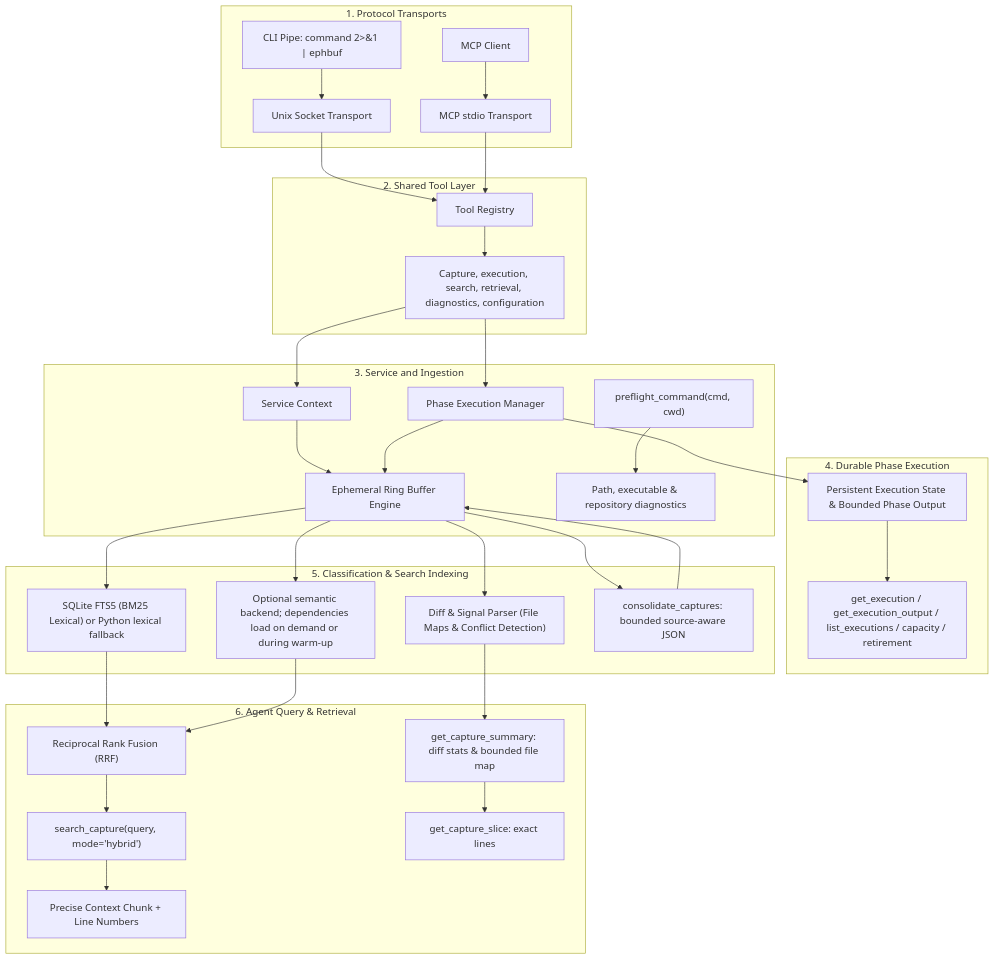
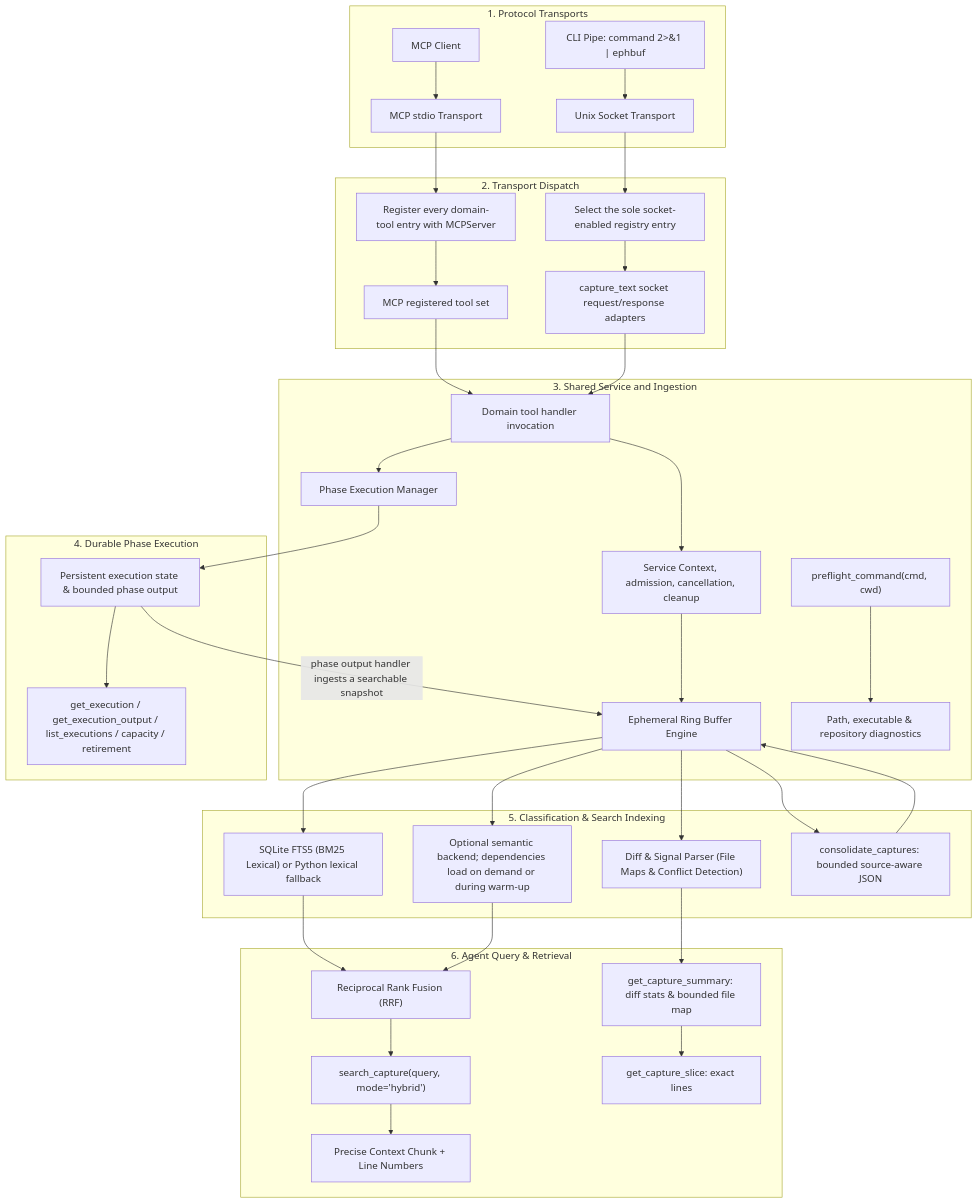
Before and after one commit to k-rister/ephemeral-buffer-mcp: the diagram in docs/architecture.md, drawn with Mermaid. The commit also changed other lines of this file, not shown here.

First line of the commit message:
docs: align architecture guide with current code

````diff
--- a/docs/architecture.md
+++ b/docs/architecture.md
@@ -3,42 +3,45 @@
 ```mermaid
 flowchart TD
     subgraph Transports["1. Protocol Transports"]
         A["CLI Pipe: command 2>&1 | ephbuf"] --> S["Unix Socket Transport"]
         B["MCP Client"] --> MT["MCP stdio Transport"]
     end
 
-    subgraph Tools["2. Shared Tool Layer"]
-        S --> R["Tool Registry"]
-        MT --> R
-        R --> T["Capture, execution, search, retrieval, diagnostics, configuration"]
+    subgraph Dispatch["2. Transport Dispatch"]
+        MT --> MR["Register every domain-tool entry with MCPServer"]
+        MR --> MCPTools["MCP registered tool set"]
+        S --> SR["Select the sole socket-enabled registry entry"]
+        SR --> SC["capture_text socket request/response adapters"]
     end
 
-    subgraph Ingestion["3. Service and Ingestion"]
-        T --> C["Service Context"]
+    subgraph Service["3. Shared Service and Ingestion"]
+        MCPTools --> T["Domain tool handler invocation"]
+        SC --> T
+        T --> C["Service Context, admission, cancellation, cleanup"]
         C --> E["Ephemeral Ring Buffer Engine"]
         T --> Y["Phase Execution Manager"]
         P["preflight_command(cmd, cwd)"] --> Q["Path, executable & repository diagnostics"]
     end
 
     subgraph Execution["4. Durable Phase Execution"]
-        Y --> Z["Persistent Execution State & Bounded Phase Output"]
-        Y --> E
+        Y --> Z["Persistent execution state & bounded phase output"]
+        Z -->|"phase output handler ingests a searchable snapshot"| E
         Z --> AA["get_execution / get_execution_output / list_executions / capacity / retirement"]
     end
 
     subgraph Indexing["5. Classification & Search Indexing"]
         E --> F["SQLite FTS5 (BM25 Lexical) or Python lexical fallback"]
         E --> G["Optional semantic backend; dependencies load on demand or during warm-up"]
         E --> K["Diff & Signal Parser (File Maps & Conflict Detection)"]
         E --> CO["consolidate_captures: bounded source-aware JSON"]
         CO --> E
     end
 
     subgraph Querying["6. Agent Query & Retrieval"]
         F & G --> H["Reciprocal Rank Fusion (RRF)"]
         H --> I["search_capture(query, mode='hybrid')"]
         K --> L["get_capture_summary: diff stats & bounded file map"]
         L --> N["get_capture_slice: exact lines"]
         I --> J["Precise Context Chunk + Line Numbers"]
     end
 ```
````
